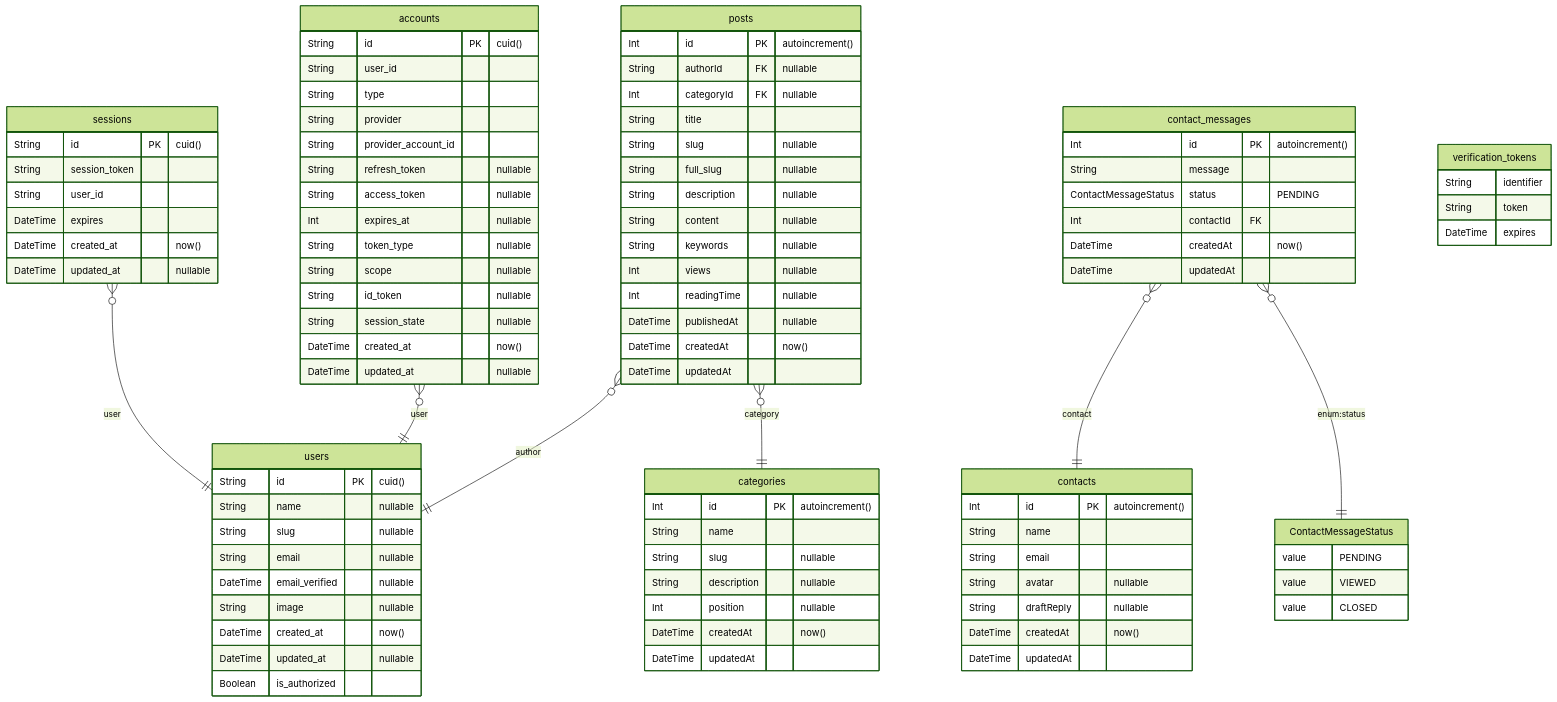
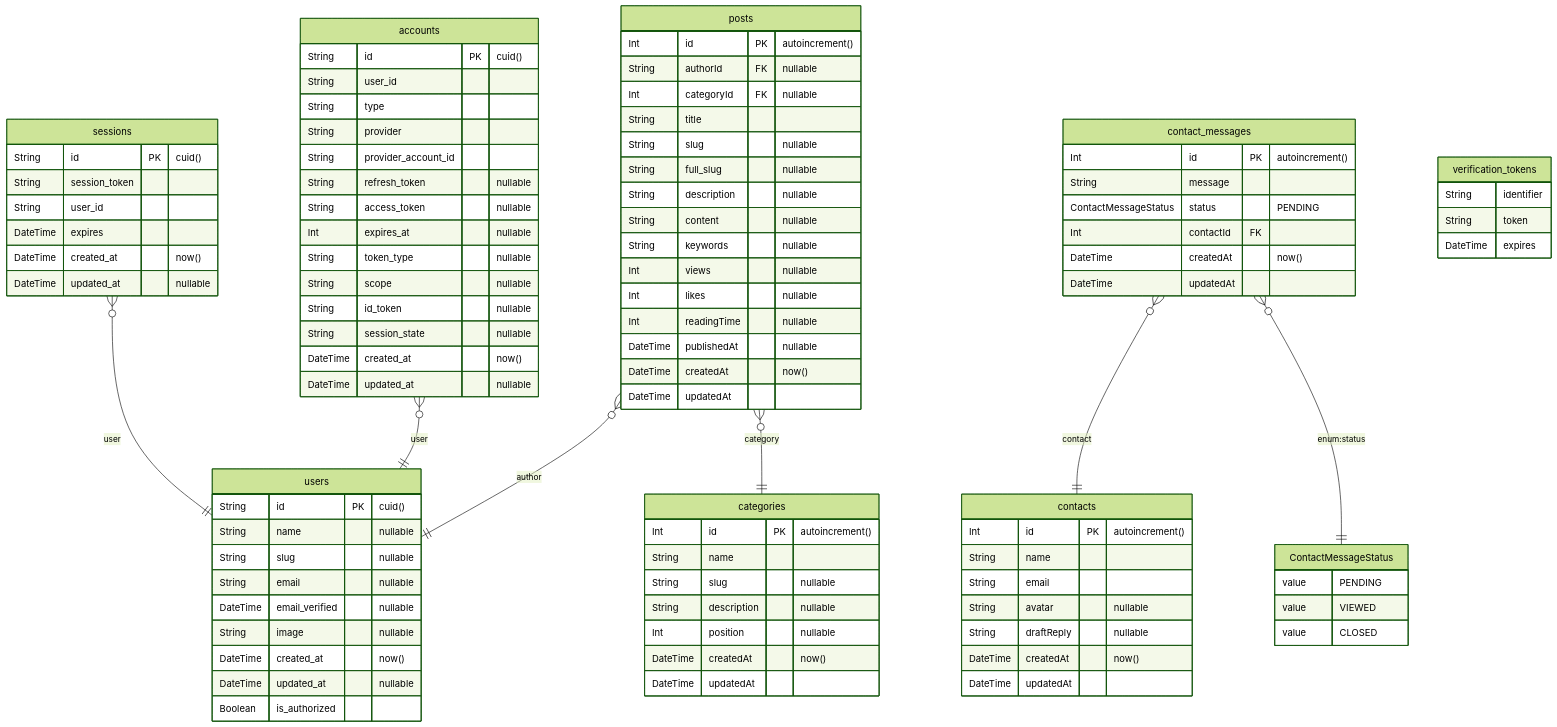
Before and after one commit to boleknowak/piotrdoniak.com: the diagram in prisma/ERD.md, drawn with Mermaid (forest theme). The commit also changed 9 other files, not shown here.

```diff
--- a/prisma/ERD.md
+++ b/prisma/ERD.md
@@ -16,6 +16,7 @@
 		String content  "nullable"
 		String keywords  "nullable"
 		Int views  "nullable"
+		Int likes  "nullable"
 		Int readingTime  "nullable"
 		DateTime publishedAt  "nullable"
 		DateTime createdAt  "now()"
```
